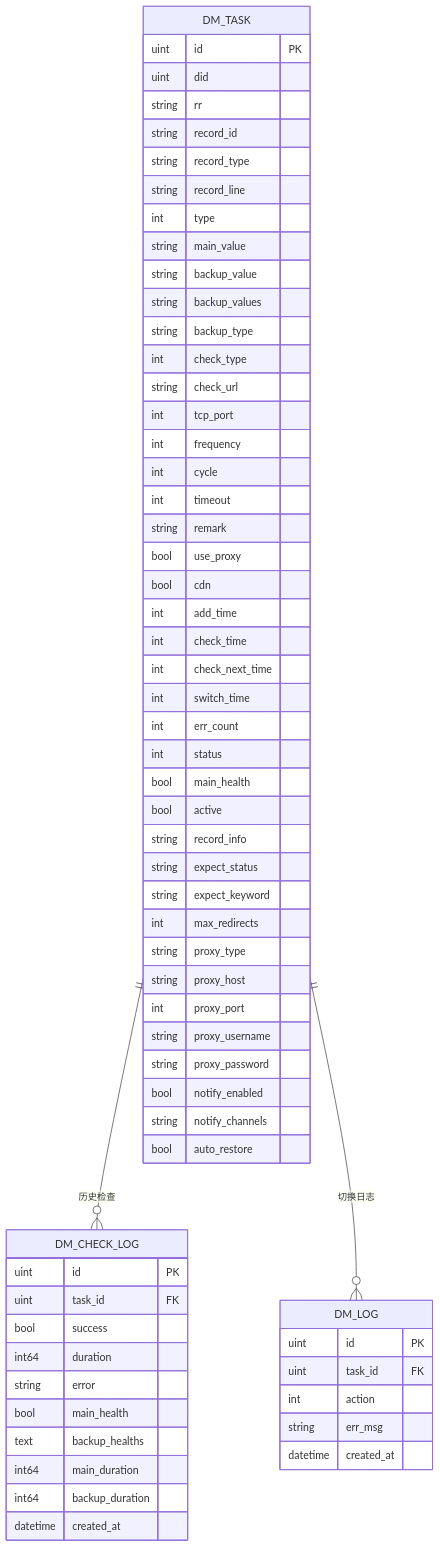
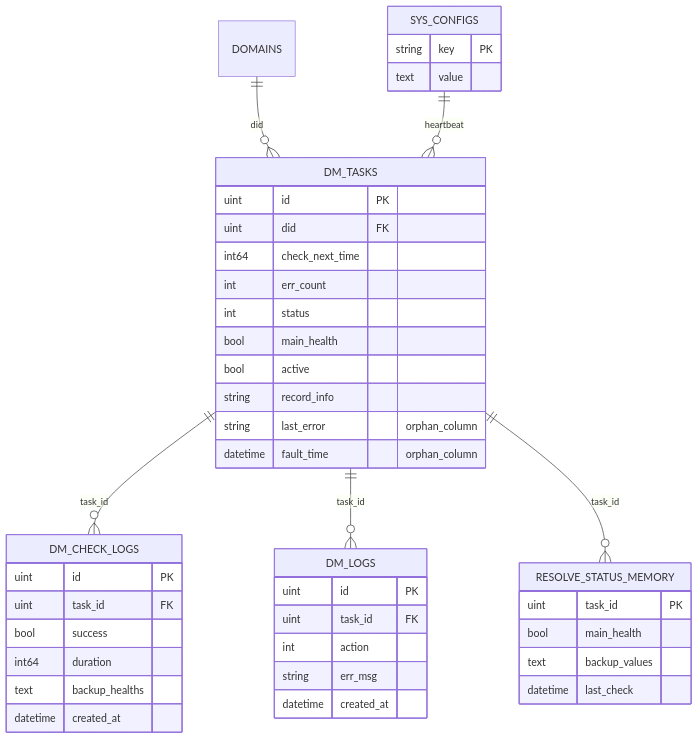
One commit to x01n/dnsplane changed the first of 4 diagrams in docs/监控告警系统/监控数据存储.md. Above: the diagram before and after it, drawn with Mermaid. The commit also changed other lines of this file and 326 other files, not shown here.

````diff
--- a/docs/监控告警系统/监控数据存储.md
+++ b/docs/监控告警系统/监控数据存储.md
@@ -146,66 +212,46 @@
 ```mermaid
 erDiagram
-DM_TASK {
-uint id PK
-uint did
-string rr
-string record_id
-string record_type
-string record_line
-int type
-string main_value
-string backup_value
-string backup_values
-string backup_type
-int check_type
-string check_url
-int tcp_port
-int frequency
-int cycle
-int timeout
-string remark
-bool use_proxy
-bool cdn
-int add_time
-int check_time
-int check_next_time
-int switch_time
-int err_count
-int status
-bool main_health
-bool active
-string record_info
-string expect_status
-string expect_keyword
-int max_redirects
-string proxy_type
-string proxy_host
-int proxy_port
-string proxy_username
-string proxy_password
-bool notify_enabled
-string notify_channels
-bool auto_restore
-}
-DM_CHECK_LOG {
-uint id PK
-uint task_id FK
-bool success
-int64 duration
-string error
-bool main_health
-text backup_healths
-int64 main_duration
-int64 backup_duration
-datetime created_at
-}
-DM_LOG {
-uint id PK
-uint task_id FK
-int action
-string err_msg
-datetime created_at
-}
-DM_TASK ||--o{ DM_CHECK_LOG : "历史检查"
-DM_TASK ||--o{ DM_LOG : "切换日志"
+  DOMAINS ||--o{ DM_TASKS : "did"
+  DM_TASKS ||--o{ DM_CHECK_LOGS : "task_id"
+  DM_TASKS ||--o{ DM_LOGS : "task_id"
+  DM_TASKS ||--o{ RESOLVE_STATUS_MEMORY : "task_id"
+  SYS_CONFIGS ||--o{ DM_TASKS : "heartbeat"
+
+  DM_TASKS {
+    uint id PK
+    uint did FK
+    int64 check_next_time
+    int err_count
+    int status
+    bool main_health
+    bool active
+    string record_info
+    string last_error "orphan_column"
+    datetime fault_time "orphan_column"
+  }
+  DM_CHECK_LOGS {
+    uint id PK
+    uint task_id FK
+    bool success
+    int64 duration
+    text backup_healths
+    datetime created_at
+  }
+  DM_LOGS {
+    uint id PK
+    uint task_id FK
+    int action
+    string err_msg
+    datetime created_at
+  }
+  RESOLVE_STATUS_MEMORY {
+    uint task_id PK
+    bool main_health
+    text backup_values
+    datetime last_check
+  }
+  SYS_CONFIGS {
+    string key PK
+    text value
+  }
 ```
````
